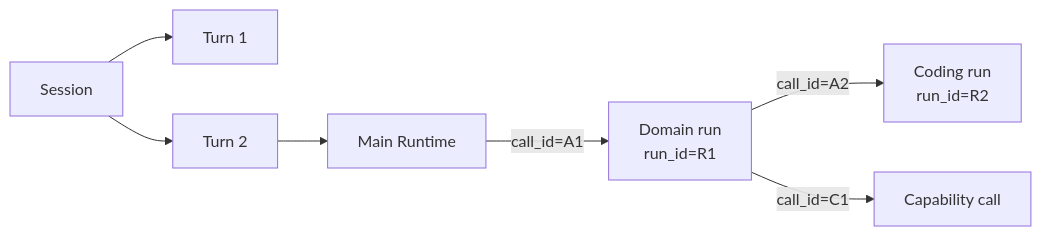
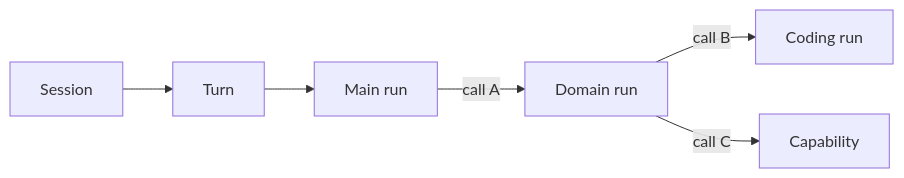
Before and after one commit to Arthur999459up/GitAgent: the third of 9 diagrams in docs/09-persistence-recovery-observability.md, drawn with Mermaid. The commit also changed other lines of this file and 15 other files, not shown here.

````diff
--- a/docs/09-persistence-recovery-observability.md
+++ b/docs/09-persistence-recovery-observability.md
@@ -92,9 +52,8 @@
 ```mermaid
 flowchart LR
-    S[Session] --> T1[Turn 1]
-    S --> T2[Turn 2]
-    T2 --> M[Main Runtime]
-    M -->|call_id=A1| D[Domain run<br/>run_id=R1]
-    D -->|call_id=A2| C[Coding run<br/>run_id=R2]
-    D -->|call_id=C1| P[Capability call]
+    S[Session] --> T[Turn]
+    T --> M[Main run]
+    M -->|call A| D[Domain run]
+    D -->|call B| C[Coding run]
+    D -->|call C| P[Capability]
 ```
````
